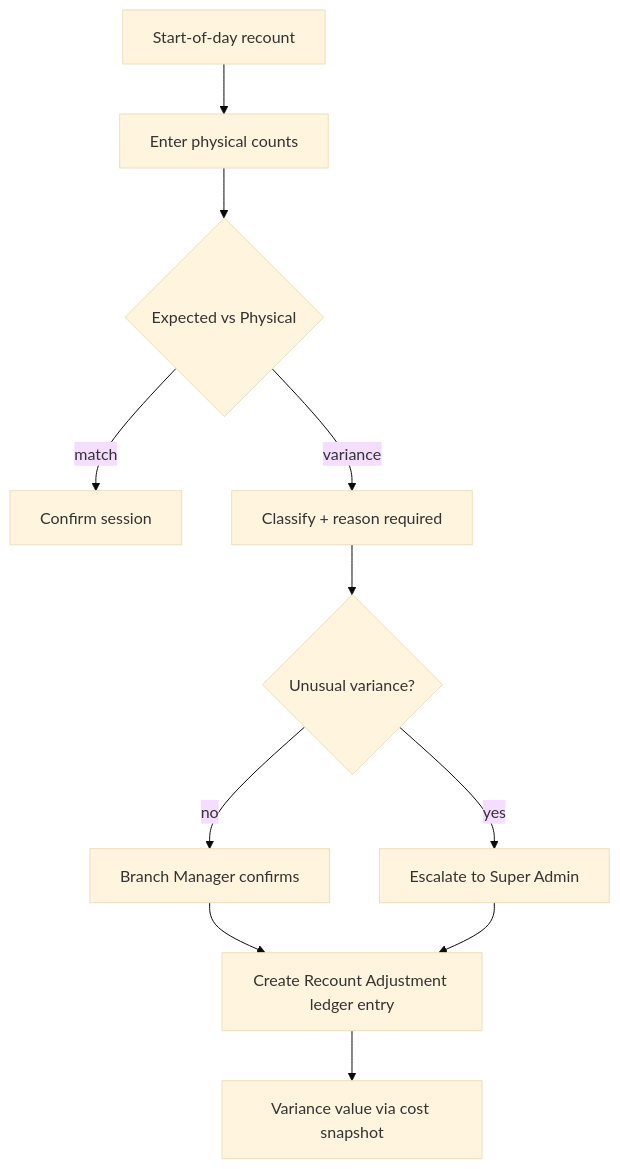
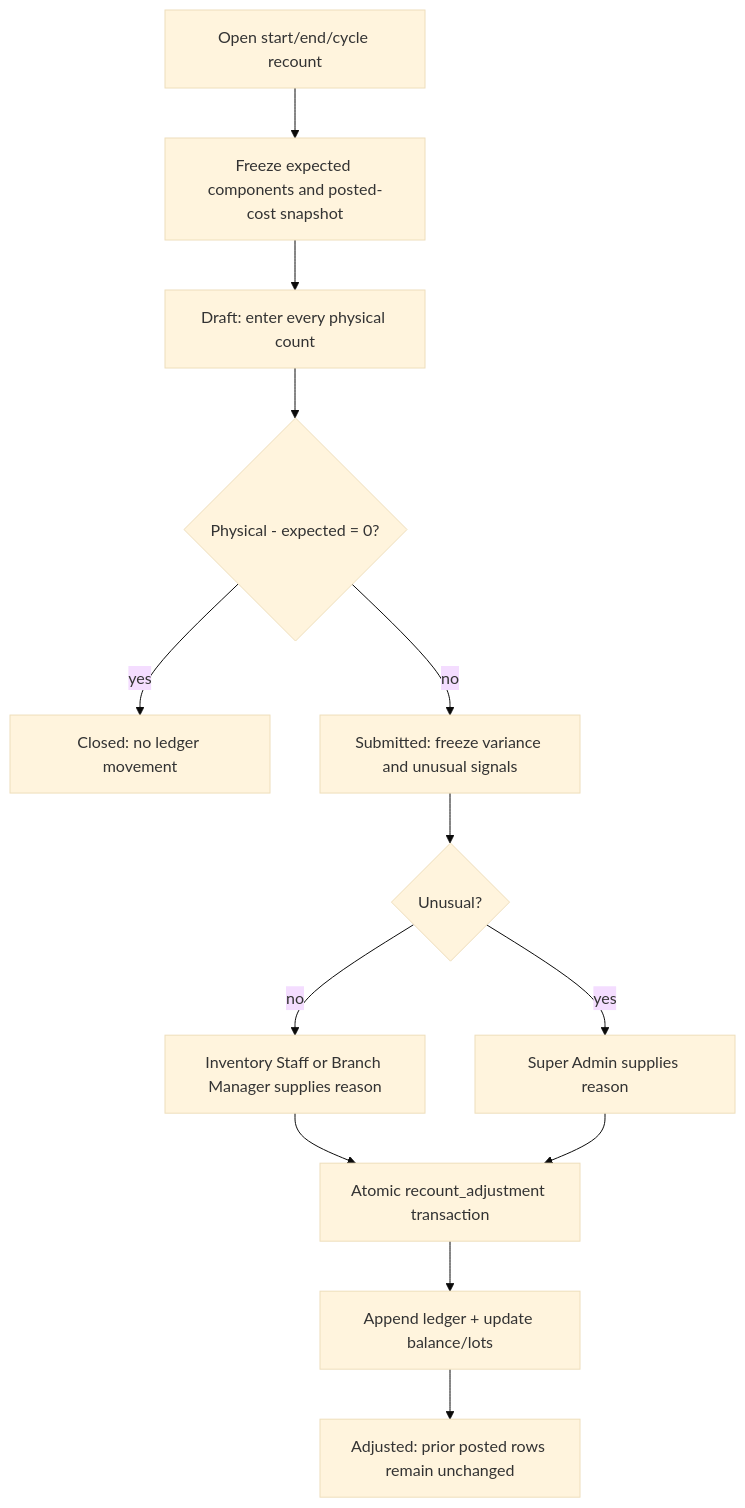
Before and after one commit to JeeSauce/zombeans-inventory-v4: the fifth of 6 diagrams in docs/diagrams/workflows.md, drawn with Mermaid (base theme). The commit also changed other lines of this file and 7 other files, not shown here.

````diff
--- a/docs/diagrams/workflows.md
+++ b/docs/diagrams/workflows.md
@@ -95,13 +95,15 @@
 ```mermaid
 flowchart TD
-    A[Start-of-day recount] --> B[Enter physical counts]
-    B --> C{Expected vs Physical}
-    C -->|match| D[Confirm session]
-    C -->|variance| E[Classify + reason required]
-    E --> F{Unusual variance?}
-    F -->|no| G[Branch Manager confirms]
-    F -->|yes| H[Escalate to Super Admin]
-    G --> I[Create Recount Adjustment ledger entry]
-    H --> I
-    I --> J[Variance value via cost snapshot]
+    A["Open start/end/cycle recount"] --> B["Freeze expected components and posted-cost snapshot"]
+    B --> C["Draft: enter every physical count"]
+    C --> D{"Physical - expected = 0?"}
+    D -->|yes| E["Closed: no ledger movement"]
+    D -->|no| F["Submitted: freeze variance and unusual signals"]
+    F --> G{"Unusual?"}
+    G -->|no| H["Inventory Staff or Branch Manager supplies reason"]
+    G -->|yes| I["Super Admin supplies reason"]
+    H --> J["Atomic recount_adjustment transaction"]
+    I --> J
+    J --> K["Append ledger + update balance/lots"]
+    K --> L["Adjusted: prior posted rows remain unchanged"]
 ```
````
